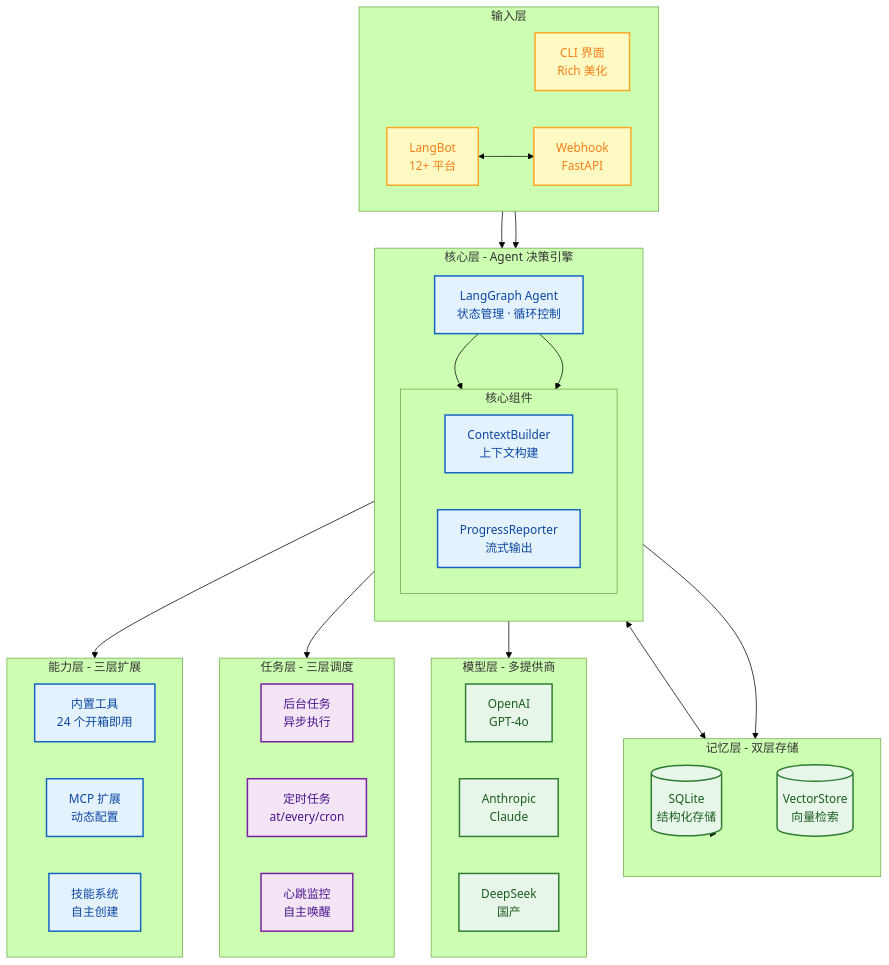
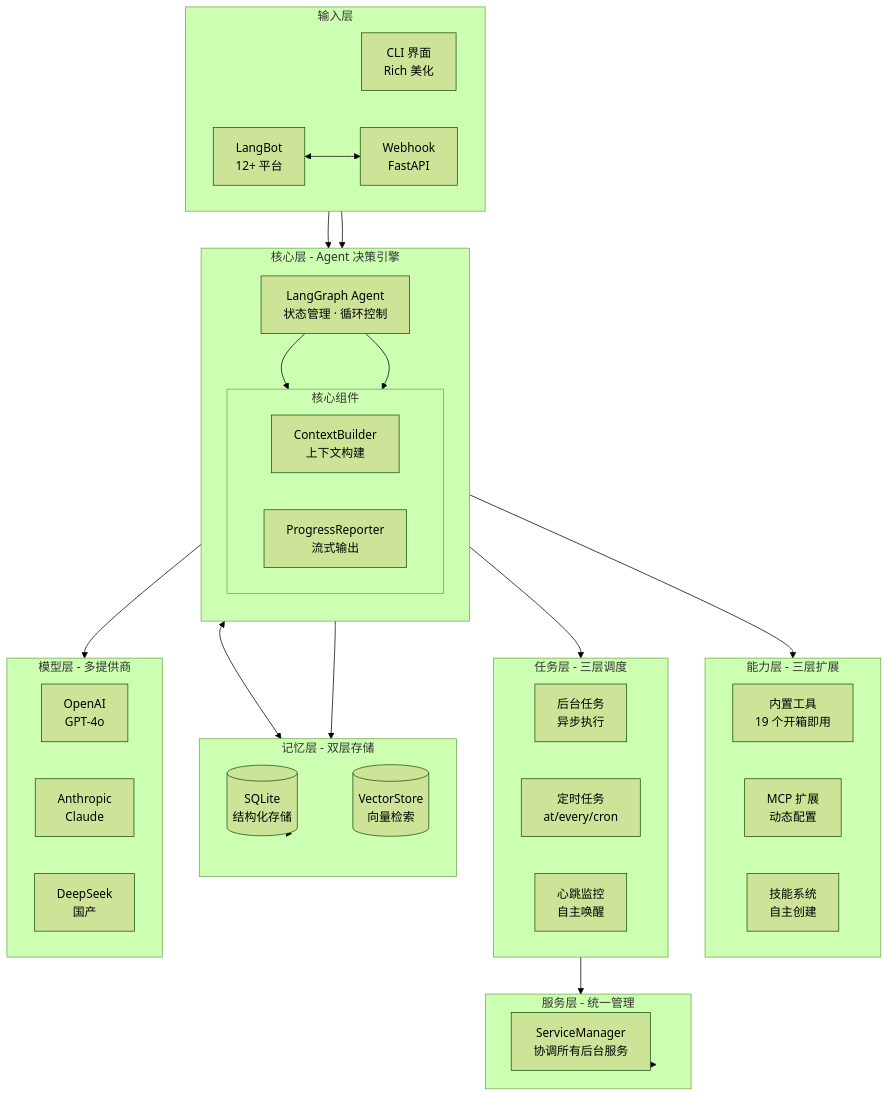
Before and after one commit to zhangjingyuan177-hue/FinchBot: the second of 16 diagrams in docs/zh-CN/blog/finchbot-flexible-ai-agent-framework.md, drawn with Mermaid (forest theme). The commit also changed other lines of this file and 7 other files, not shown here.

````diff
--- a/docs/zh-CN/blog/finchbot-flexible-ai-agent-framework.md
+++ b/docs/zh-CN/blog/finchbot-flexible-ai-agent-framework.md
@@ -127,66 +127,68 @@
 ```mermaid
 flowchart TB
-    classDef input fill:#fff9c4,stroke:#f9a825,stroke-width:2px,color:#f57f17;
-    classDef core fill:#e3f2fd,stroke:#1565c0,stroke-width:2px,color:#0d47a1;
-    classDef task fill:#f3e5f5,stroke:#7b1fa2,stroke-width:2px,color:#4a148c;
-    classDef infra fill:#e8f5e9,stroke:#2e7d32,stroke-width:2px,color:#1b5e20;
-
     subgraph Input [输入层]
         direction LR
-        CLI[CLI 界面<br/>Rich 美化]:::input
-        LB[LangBot<br/>12+ 平台]:::input
-        Webhook[Webhook<br/>FastAPI]:::input
+        CLI[CLI 界面<br/>Rich 美化]
+        LB[LangBot<br/>12+ 平台]
+        Webhook[Webhook<br/>FastAPI]
     end
 
     subgraph Core [核心层 - Agent 决策引擎]
         direction TB
-        Agent[LangGraph Agent<br/>状态管理 · 循环控制]:::core
+        Agent[LangGraph Agent<br/>状态管理 · 循环控制]
         subgraph CoreModules [核心组件]
             direction LR
-            Context[ContextBuilder<br/>上下文构建]:::core
-            Streaming[ProgressReporter<br/>流式输出]:::core
+            Context[ContextBuilder<br/>上下文构建]
+            Streaming[ProgressReporter<br/>流式输出]
         end
     end
 
     subgraph Capabilities [能力层 - 三层扩展]
         direction LR
-        BuiltIn[内置工具<br/>24 个开箱即用]:::core
-        MCP[MCP 扩展<br/>动态配置]:::core
-        Skills[技能系统<br/>自主创建]:::core
+        BuiltIn[内置工具<br/>19 个开箱即用]
+        MCP[MCP 扩展<br/>动态配置]
+        Skills[技能系统<br/>自主创建]
     end
 
     subgraph Task [任务层 - 三层调度]
         direction LR
-        BG[后台任务<br/>异步执行]:::task
-        Cron[定时任务<br/>at/every/cron]:::task
-        Heart[心跳监控<br/>自主唤醒]:::task
+        BG[后台任务<br/>异步执行]
+        Cron[定时任务<br/>at/every/cron]
+        Heart[心跳监控<br/>自主唤醒]
+    end
+
+    subgraph Service [服务层 - 统一管理]
+        SM[ServiceManager<br/>协调所有后台服务]
     end
 
     subgraph Memory [记忆层 - 双层存储]
         direction LR
-        SQLite[(SQLite<br/>结构化存储)]:::infra
-        Vector[(VectorStore<br/>向量检索)]:::infra
+        SQLite[(SQLite<br/>结构化存储)]
+        Vector[(VectorStore<br/>向量检索)]
     end
 
     subgraph LLM [模型层 - 多提供商]
         direction LR
-        OpenAI[OpenAI<br/>GPT-4o]:::infra
-        Anthropic[Anthropic<br/>Claude]:::infra
-        DeepSeek[DeepSeek<br/>国产]:::infra
+        OpenAI[OpenAI<br/>GPT-4o]
+        Anthropic[Anthropic<br/>Claude]
+        DeepSeek[DeepSeek<br/>国产]
     end
 
     CLI --> Agent
     LB <--> Webhook
     Webhook --> Agent
 
     Agent --> Context
     Agent --> Streaming
     Agent --> Capabilities
     Agent --> Task
     Agent <--> Memory
     Agent --> LLM
 
+    Task --> Service
+    Service --> SM
+
     Context --> Memory
     Memory --> SQLite
     Memory --> Vector
 ```
````
